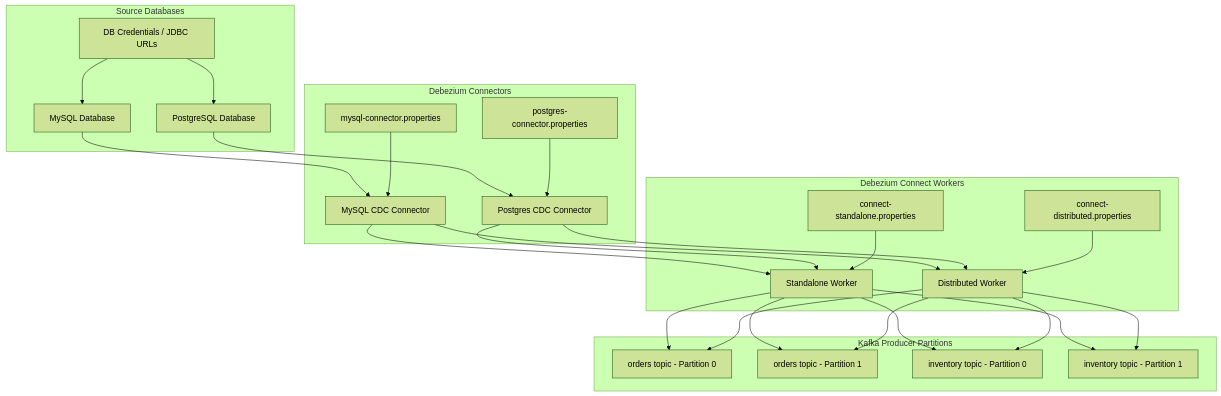
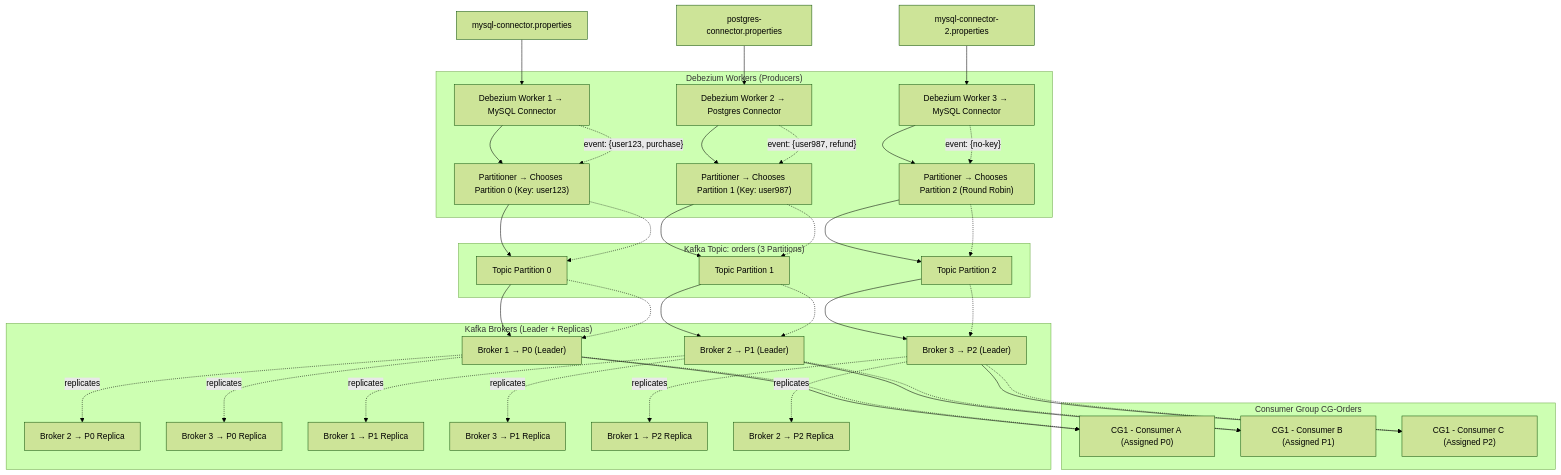
Before and after one commit to Mallick17/AWS-Analytics: the first of 5 diagrams in README.md, drawn with Mermaid (forest theme).

````diff
--- a/README.md
+++ b/README.md
@@ -444,72 +444,112 @@
 flowchart TD
 
 %% ============================
-%% SOURCE DATABASES
+%% DEBEZIUM WORKERS (Act as Producers)
 %% ============================
-subgraph SourceDB["Source Databases"]
-    MySQLDB[MySQL Database]
-    PostgresDB[PostgreSQL Database]
-    DBConfig["DB Credentials / JDBC URLs"]
+subgraph DebeziumProducers["Debezium Workers (Producers)"]
+    DW1[Debezium Worker 1 → MySQL Connector]
+    DW2[Debezium Worker 2 → Postgres Connector]
+    DW3[Debezium Worker 3 → MySQL Connector]
+
+    PP1["Partitioner → Chooses Partition 0 (Key: user123)"]
+    PP2["Partitioner → Chooses Partition 1 (Key: user987)"]
+    PP3["Partitioner → Chooses Partition 2 (Round Robin)"]
+
+    DW1 --> PP1
+    DW2 --> PP2
+    DW3 --> PP3
 end
 
 %% ============================
-%% DEBEZIUM CONNECT WORKERS
+%% TOPIC PARTITIONS
 %% ============================
-subgraph DebeziumWorkers["Debezium Connect Workers"]
-    Standalone[Standalone Worker]
-    Distributed[Distributed Worker]
-    StandaloneConfig["connect-standalone.properties"]
-    DistributedConfig["connect-distributed.properties"]
+subgraph TopicLayer["Kafka Topic: orders (3 Partitions)"]
+    TP0["Topic Partition 0"]
+    TP1["Topic Partition 1"]
+    TP2["Topic Partition 2"]
 end
 
+PP1 --> TP0
+PP2 --> TP1
+PP3 --> TP2
+
 %% ============================
-%% DEBEZIUM CONNECTORS
+%% BROKER LAYER (LEADER + REPLICAS)
 %% ============================
-subgraph Connectors["Debezium Connectors"]
-    MySQLConnector[MySQL CDC Connector]
-    PostgresConnector[Postgres CDC Connector]
-    ConnectorConfig1["mysql-connector.properties"]
-    ConnectorConfig2["postgres-connector.properties"]
+subgraph BrokerLayer["Kafka Brokers (Leader + Replicas)"]
+    %% Leaders
+    BP0L["Broker 1 → P0 (Leader)"]
+    BP1L["Broker 2 → P1 (Leader)"]
+    BP2L["Broker 3 → P2 (Leader)"]
+
+    %% Replicas
+    BP0R2["Broker 2 → P0 Replica"]
+    BP0R3["Broker 3 → P0 Replica"]
+
+    BP1R1["Broker 1 → P1 Replica"]
+    BP1R3["Broker 3 → P1 Replica"]
+
+    BP2R1["Broker 1 → P2 Replica"]
+    BP2R2["Broker 2 → P2 Replica"]
 end
 
+TP0 --> BP0L
+TP1 --> BP1L
+TP2 --> BP2L
+
+%% Replication
+BP0L -.replicates.-> BP0R2
+BP0L -.replicates.-> BP0R3
+
+BP1L -.replicates.-> BP1R1
+BP1L -.replicates.-> BP1R3
+
+BP2L -.replicates.-> BP2R1
+BP2L -.replicates.-> BP2R2
+
 %% ============================
-%% KAFKA PRODUCER PARTITIONS
+%% CONSUMER GROUP 1
 %% ============================
-subgraph KafkaProducers["Kafka Producer Partitions"]
-    OrdersP0["orders topic - Partition 0"]
-    OrdersP1["orders topic - Partition 1"]
-    InventoryP0["inventory topic - Partition 0"]
-    InventoryP1["inventory topic - Partition 1"]
+subgraph CG1["Consumer Group CG-Orders"]
+    C1A["CG1 - Consumer A (Assigned P0)"]
+    C1B["CG1 - Consumer B (Assigned P1)"]
+    C1C["CG1 - Consumer C (Assigned P2)"]
 end
 
+BP0L --> C1A
+BP1L --> C1B
+BP2L --> C1C
+
 %% ============================
-%% CONNECTIONS
+%% DATA FLOWS (3 Examples)
 %% ============================
 
-%% Database -> Connectors
-MySQLDB --> MySQLConnector
-PostgresDB --> PostgresConnector
-DBConfig --> MySQLDB
-DBConfig --> PostgresDB
+%% FLOW 1
+DW1 -. "event: {user123, purchase}" .-> PP1
+PP1 -.-> TP0
+TP0 -.-> BP0L
+BP0L -.-> C1A
 
-%% Connectors -> Workers
-MySQLConnector --> Standalone
-MySQLConnector --> Distributed
-PostgresConnector --> Standalone
-PostgresConnector --> Distributed
-ConnectorConfig1 --> MySQLConnector
-ConnectorConfig2 --> PostgresConnector
-StandaloneConfig --> Standalone
-DistributedConfig --> Distributed
+%% FLOW 2
+DW2 -. "event: {user987, refund}" .-> PP2
+PP2 -.-> TP1
+TP1 -.-> BP1L
+BP1L -.-> C1B
 
-%% Workers -> Kafka Producer Partitions
-Standalone --> OrdersP0
-Standalone --> OrdersP1
-Standalone --> InventoryP0
-Standalone --> InventoryP1
+%% FLOW 3
+DW3 -. "event: {no-key}" .-> PP3
+PP3 -.-> TP2
+TP2 -.-> BP2L
+BP2L -.-> C1C
 
-Distributed --> OrdersP0
-Distributed --> OrdersP1
-Distributed --> InventoryP0
-Distributed --> InventoryP1
+%% ============================
+%% DEBEZIUM CONNECTOR CONFIG FILES
+%% ============================
+DW1Config["mysql-connector.properties"]
+DW2Config["postgres-connector.properties"]
+DW3Config["mysql-connector-2.properties"]
+
+DW1Config --> DW1
+DW2Config --> DW2
+DW3Config --> DW3
 ```
````
